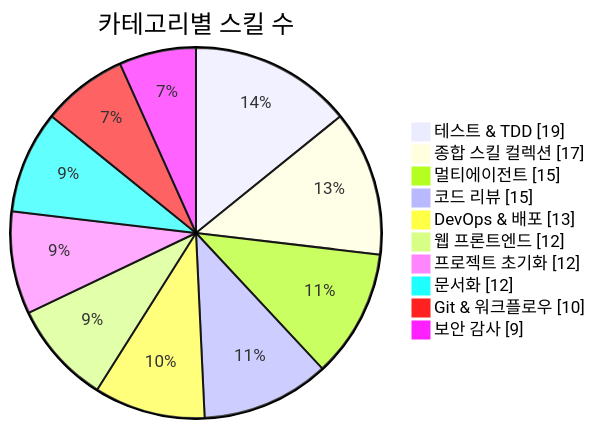
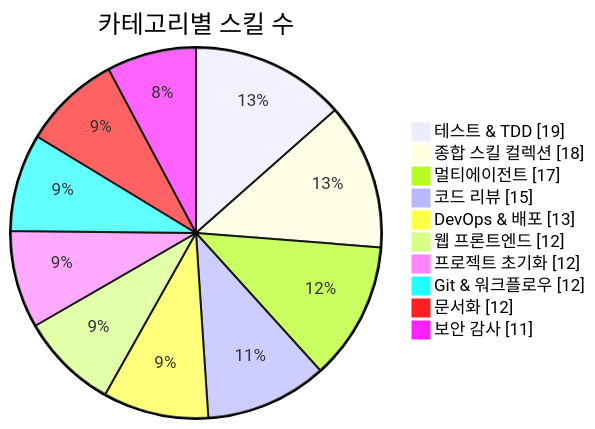
One commit to J-nowcow/awesome-korean-agent-skills changed the first of 3 diagrams in README.md. Above: the diagram before and after it, drawn with Mermaid. The commit also changed other lines of this file and 10 other files, not shown here.

````diff
--- a/README.md
+++ b/README.md
@@ -176,14 +176,14 @@
 ```mermaid
 pie showData
     title 카테고리별 스킬 수
     "테스트 & TDD" : 19
-    "종합 스킬 컬렉션" : 17
-    "멀티에이전트" : 15
+    "종합 스킬 컬렉션" : 18
+    "멀티에이전트" : 17
     "코드 리뷰" : 15
     "DevOps & 배포" : 13
     "웹 프론트엔드" : 12
     "프로젝트 초기화" : 12
+    "Git & 워크플로우" : 12
     "문서화" : 12
-    "Git & 워크플로우" : 10
-    "보안 감사" : 9
+    "보안 감사" : 11
 ```
````
